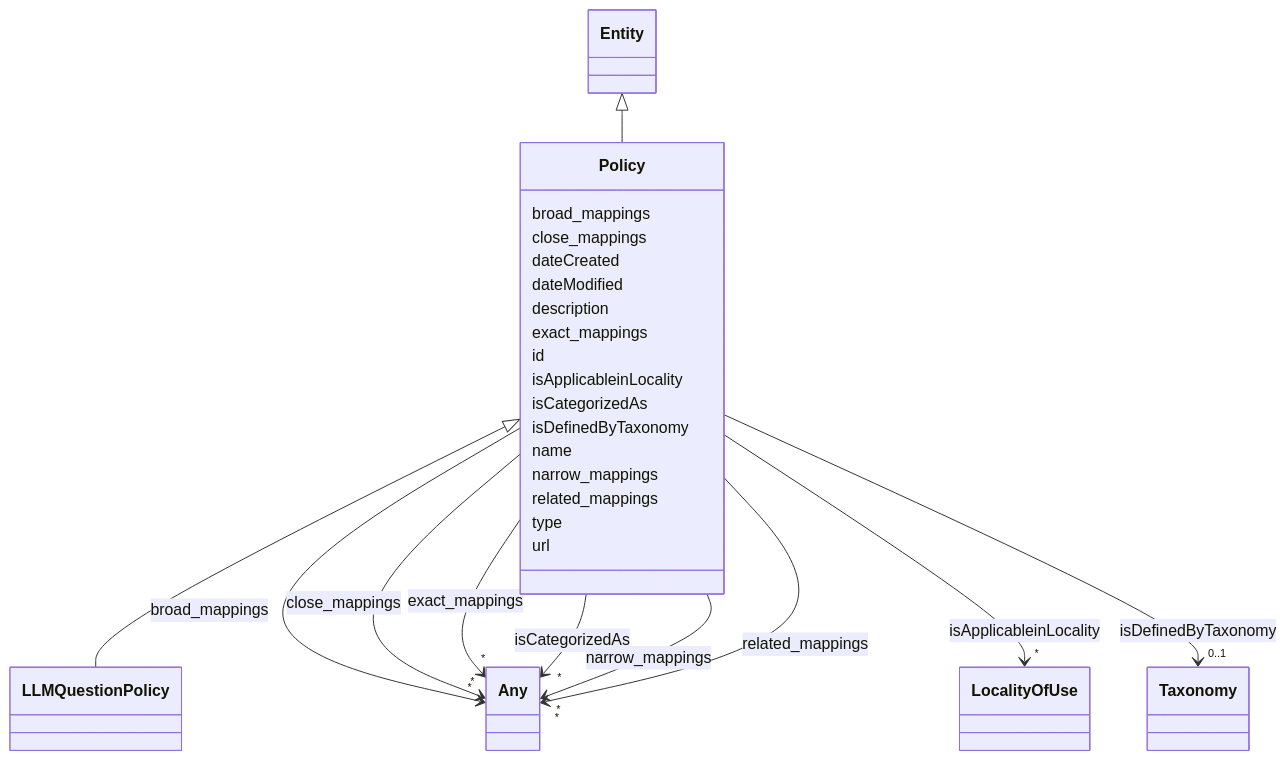
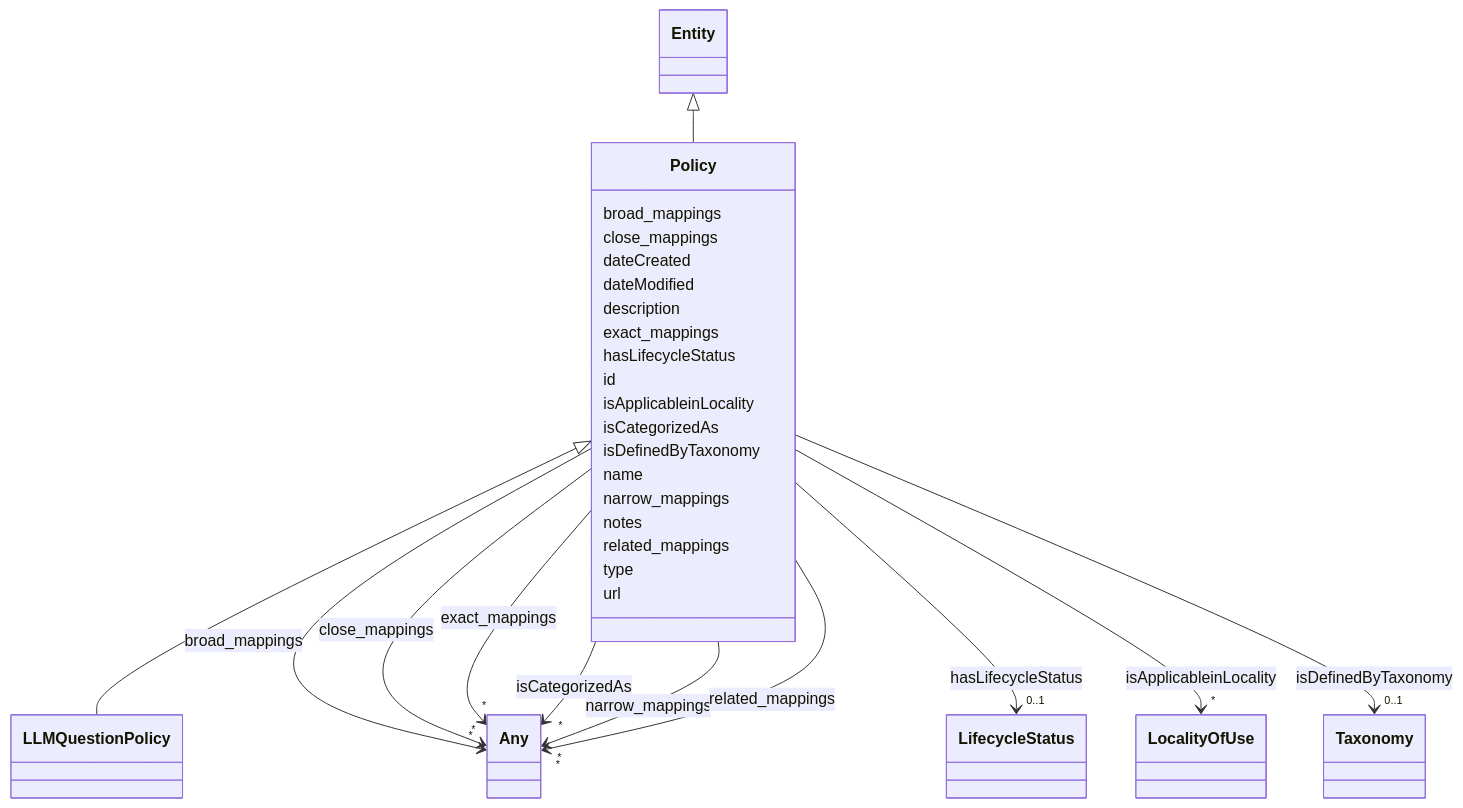
The diagram in docs/ontology/Policy.md (ingelise/risk-atlas-nexus), drawn with Mermaid before and after one commit. The commit also changed other lines of this file and 190 other files, not shown here.

```diff
--- a/docs/ontology/Policy.md
+++ b/docs/ontology/Policy.md
@@ -64,6 +64,17 @@
 
 
 
+      Policy : hasLifecycleStatus
+
+
+
+
+
+        Policy --> "0..1" LifecycleStatus : hasLifecycleStatus
+        click LifecycleStatus href "../LifecycleStatus/"
+
+
+
       Policy : id
 
       Policy : isApplicableinLocality
@@ -112,6 +123,8 @@
 
 
 
+      Policy : notes
+
       Policy : related_mappings
 
 
```
